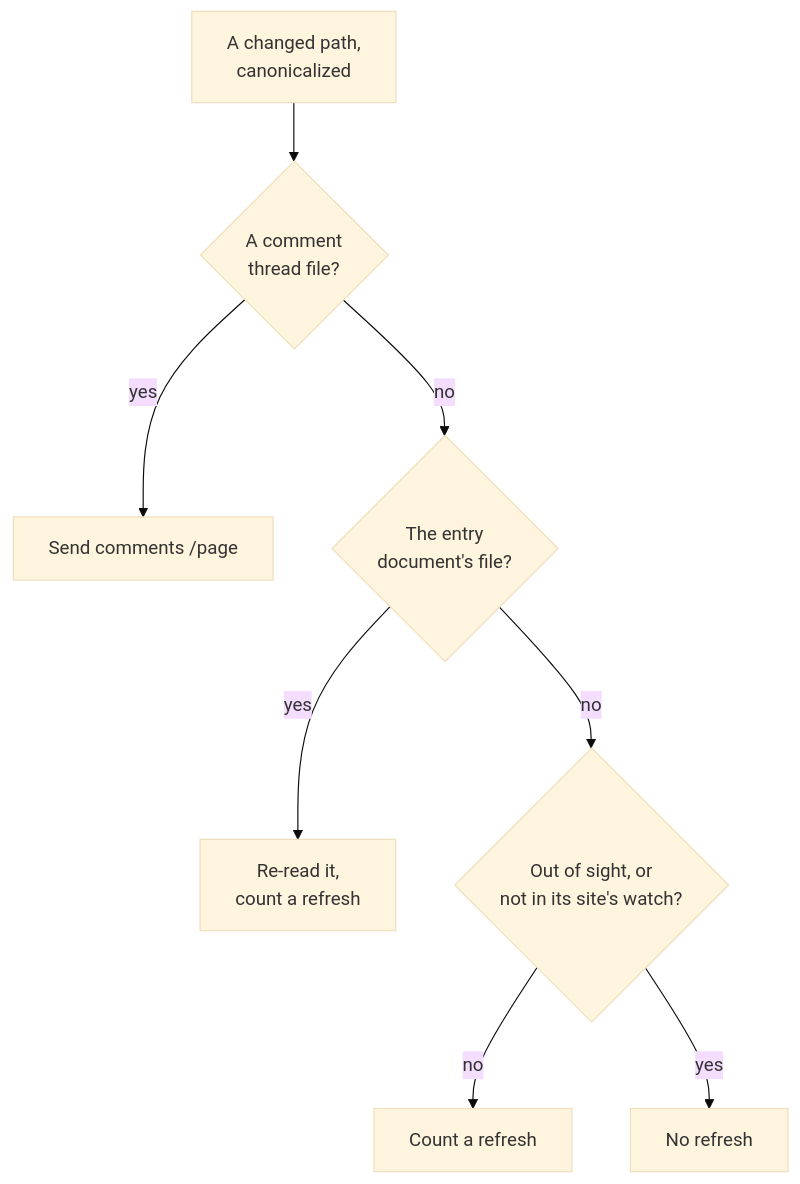
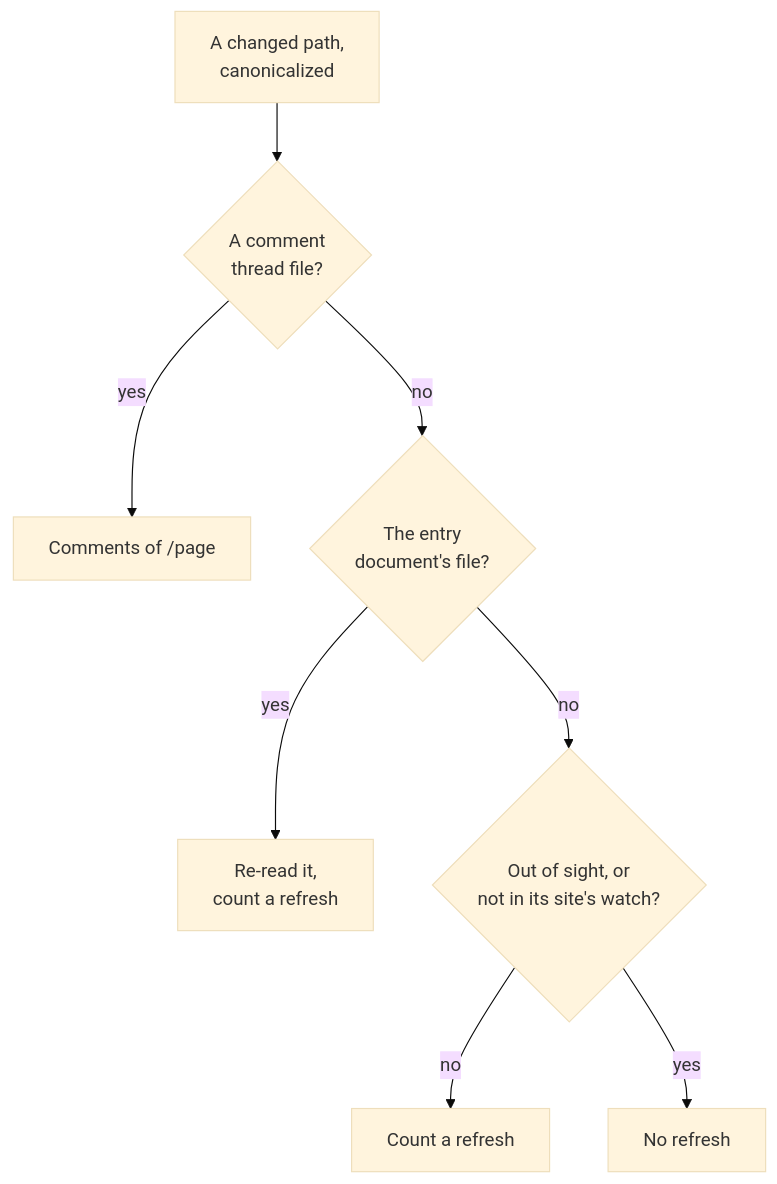
One commit to andrei512/devpage changed the second of 2 diagrams in docs/boxes/viewer/live-updates/README.md. Above: the diagram before and after it, drawn with Mermaid (base theme). The commit also changed other lines of this file and 15 other files, not shown here.

````diff
--- a/docs/boxes/viewer/live-updates/README.md
+++ b/docs/boxes/viewer/live-updates/README.md
@@ -64,12 +64,12 @@
 ```mermaid
 flowchart TD
   path["A changed path,<br/>canonicalized"] --> thread{"A comment<br/>thread file?"}
-  thread -->|"yes"| comments["Send comments /page"]
+  thread -->|"yes"| comments["Comments of /page"]
   thread -->|"no"| entry{"The entry<br/>document's file?"}
   entry -->|"yes"| reload["Re-read it,<br/>count a refresh"]
   entry -->|"no"| seen{"Out of sight, or<br/>not in its site's watch?"}
   seen -->|"no"| refresh["Count a refresh"]
   seen -->|"yes"| quiet["No refresh"]
   click comments href "../comments/the-comment-store/README.md#the-requests" "Comments under the hood"
   click seen href "#what-is-out-of-sight" "What is out of sight"
 ```
````
